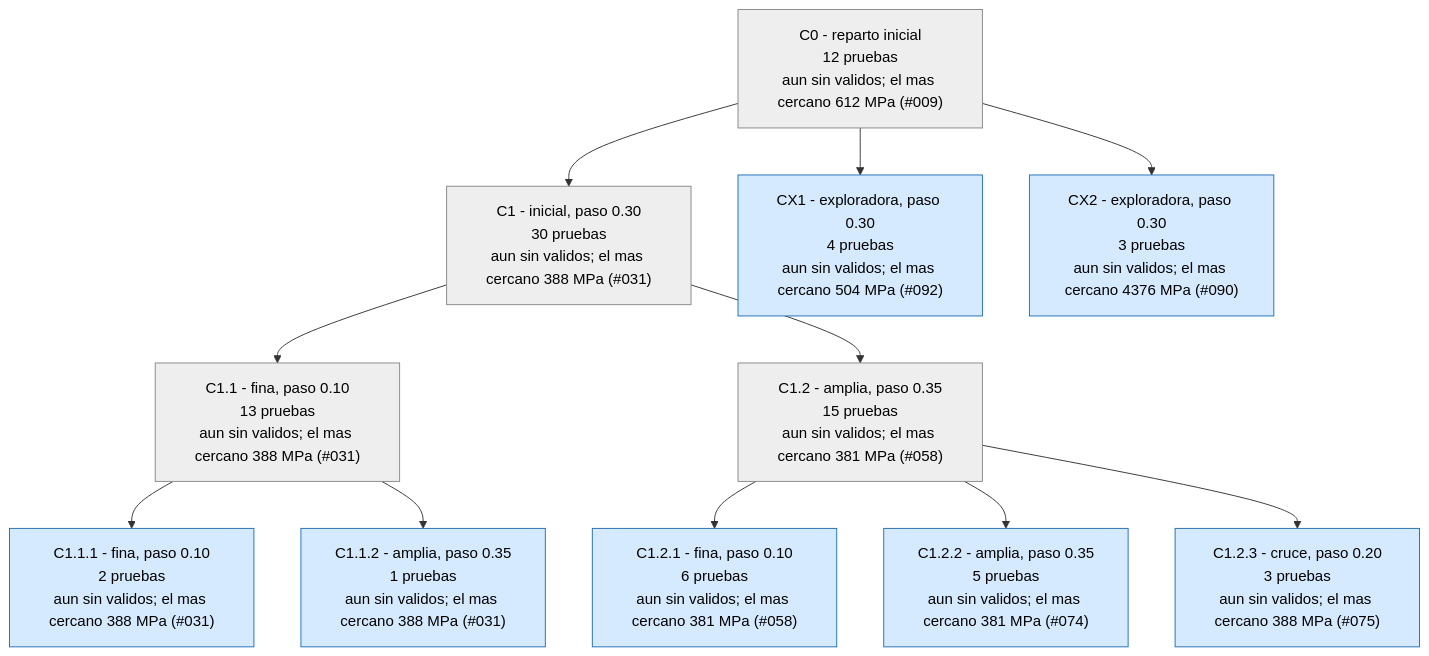
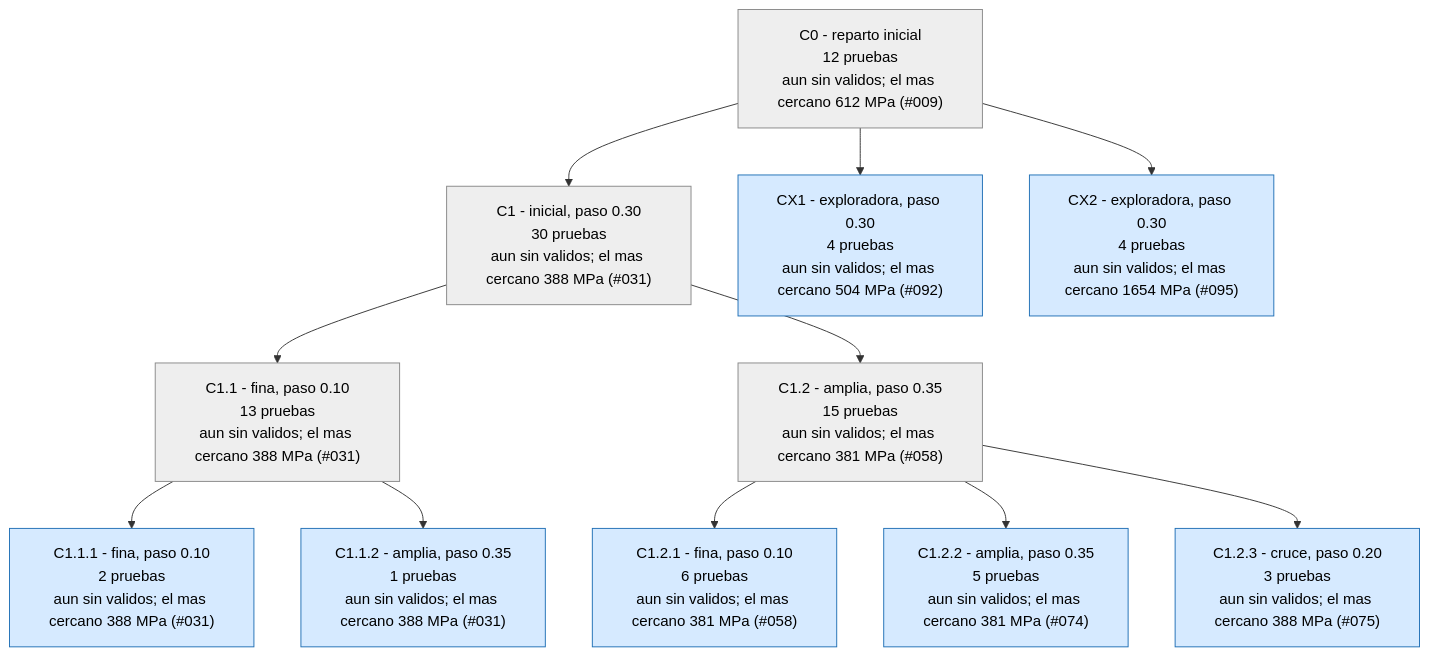
Before and after one commit to Hugiko/msd-soporte-optimizacion: the third of 4 diagrams in runs/opt_37800N/ARBOL.md, drawn with Mermaid. The commit also changed 21 other files, not shown here.

````diff
--- a/runs/opt_37800N/ARBOL.md
+++ b/runs/opt_37800N/ARBOL.md
@@ -123,27 +123,27 @@
 ```mermaid
 graph TD
 classDef activa fill:#d6eaff,stroke:#1f6fb5,color:#000
 classDef fin fill:#eeeeee,stroke:#888,color:#000
 classDef mejor fill:#c8f0c0,stroke:#1a9850,stroke-width:4px,color:#000
 C0["C0 - reparto inicial<br/>12 pruebas<br/>aun sin validos; el mas cercano 612 MPa (#009)"]:::fin
 C1["C1 - inicial, paso 0.30<br/>30 pruebas<br/>aun sin validos; el mas cercano 388 MPa (#031)"]:::fin
 C0 --> C1
 C1_1["C1.1 - fina, paso 0.10<br/>13 pruebas<br/>aun sin validos; el mas cercano 388 MPa (#031)"]:::fin
 C1 --> C1_1
 C1_2["C1.2 - amplia, paso 0.35<br/>15 pruebas<br/>aun sin validos; el mas cercano 381 MPa (#058)"]:::fin
 C1 --> C1_2
 C1_1_1["C1.1.1 - fina, paso 0.10<br/>2 pruebas<br/>aun sin validos; el mas cercano 388 MPa (#031)"]:::activa
 C1_1 --> C1_1_1
 C1_1_2["C1.1.2 - amplia, paso 0.35<br/>1 pruebas<br/>aun sin validos; el mas cercano 388 MPa (#031)"]:::activa
 C1_1 --> C1_1_2
 C1_2_1["C1.2.1 - fina, paso 0.10<br/>6 pruebas<br/>aun sin validos; el mas cercano 381 MPa (#058)"]:::activa
 C1_2 --> C1_2_1
 C1_2_2["C1.2.2 - amplia, paso 0.35<br/>5 pruebas<br/>aun sin validos; el mas cercano 381 MPa (#074)"]:::activa
 C1_2 --> C1_2_2
 C1_2_3["C1.2.3 - cruce, paso 0.20<br/>3 pruebas<br/>aun sin validos; el mas cercano 388 MPa (#075)"]:::activa
 C1_2 --> C1_2_3
 CX1["CX1 - exploradora, paso 0.30<br/>4 pruebas<br/>aun sin validos; el mas cercano 504 MPa (#092)"]:::activa
 C0 --> CX1
-CX2["CX2 - exploradora, paso 0.30<br/>3 pruebas<br/>aun sin validos; el mas cercano 4376 MPa (#090)"]:::activa
+CX2["CX2 - exploradora, paso 0.30<br/>4 pruebas<br/>aun sin validos; el mas cercano 1654 MPa (#095)"]:::activa
 C0 --> CX2
 ```
````
